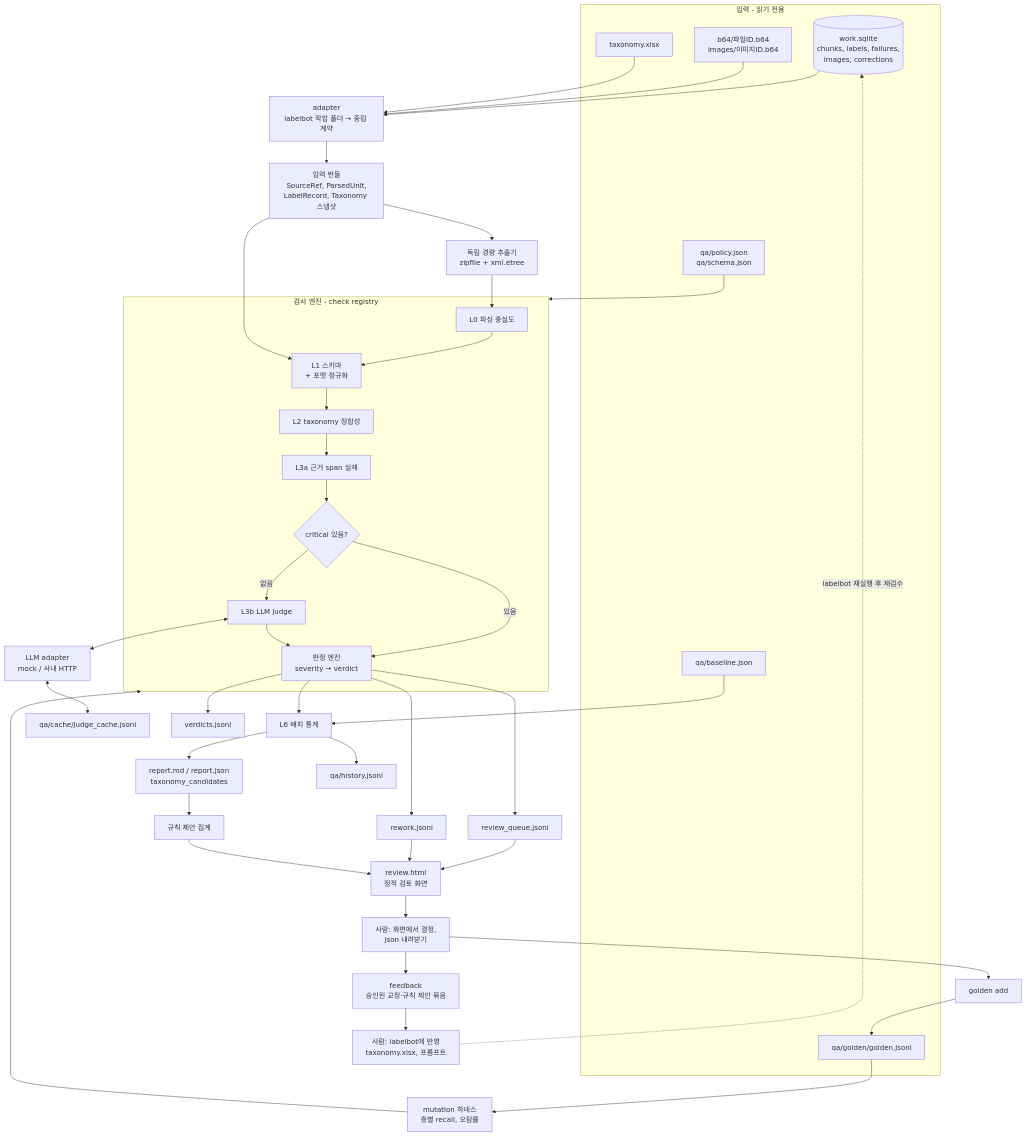
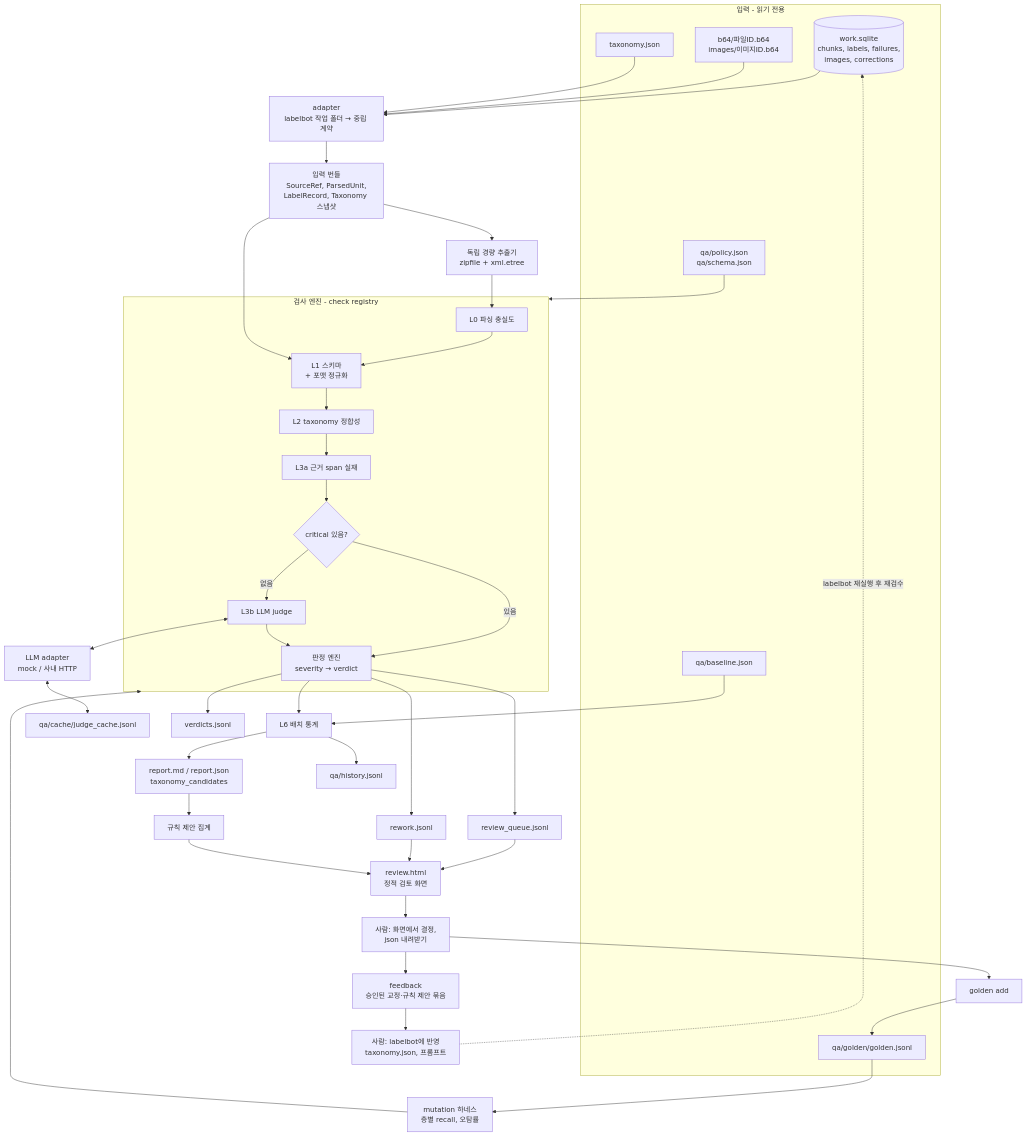
The first of 2 diagrams in domain_engrbot/domain_engrbot_plan.md (Robonge/BEOL-Datalabeling), drawn with Mermaid before and after one commit. The commit also changed other lines of this file and 384 other files, not shown here.

````diff
--- a/domain_engrbot/domain_engrbot_plan.md
+++ b/domain_engrbot/domain_engrbot_plan.md
@@ -103,55 +107,55 @@
 ```mermaid
 flowchart TD
     subgraph IN[입력 - 읽기 전용]
         WS[(work.sqlite<br/>chunks, labels, failures,<br/>images, corrections)]
         B64[b64/파일ID.b64<br/>images/이미지ID.b64]
-        TAX[taxonomy.xlsx]
+        TAX[taxonomy.json]
         CFG[qa/policy.json<br/>qa/schema.json]
         GOLD[qa/golden/golden.jsonl]
         BASE[qa/baseline.json]
     end
 
     WS --> AD[adapter<br/>labelbot 작업 폴더 → 중립 계약]
     B64 --> AD
     TAX --> AD
     AD --> BUNDLE[입력 번들<br/>SourceRef, ParsedUnit,<br/>LabelRecord, Taxonomy 스냅샷]
 
     BUNDLE --> RAW[독립 경량 추출기<br/>zipfile + xml.etree]
     RAW --> L0
 
     subgraph ENG[검사 엔진 - check registry]
         L0[L0 파싱 충실도] --> L1[L1 스키마<br/>+ 포맷 정규화]
         L1 --> L2[L2 taxonomy 정합성]
         L2 --> L3A[L3a 근거 span 실재]
         L3A --> GATE{critical 있음?}
         GATE -- 없음 --> L3B[L3b LLM judge]
         GATE -- 있음 --> VER
         L3B --> VER[판정 엔진<br/>severity → verdict]
     end
 
     CFG --> ENG
     BUNDLE --> L1
     L3B <--> LLM[LLM adapter<br/>mock / 사내 HTTP]
     LLM <--> CACHE[qa/cache/judge_cache.jsonl]
 
     VER --> OUT1[verdicts.jsonl]
     VER --> OUT2[review_queue.jsonl]
     VER --> OUT3[rework.jsonl]
     VER --> L6[L6 배치 통계]
     BASE --> L6
     L6 --> RPT[report.md / report.json<br/>taxonomy_candidates]
     L6 --> HIST[qa/history.jsonl]
 
     OUT2 --> SCR[review.html<br/>정적 검토 화면]
     OUT3 --> SCR
     RPT --> PROP[규칙 제안 집계]
     PROP --> SCR
     SCR --> HUM[사람: 화면에서 결정,<br/>json 내려받기]
     HUM --> FB[feedback<br/>승인된 교정·규칙 제안 묶음]
-    FB --> LB[사람: labelbot에 반영<br/>taxonomy.xlsx, 프롬프트]
+    FB --> LB[사람: labelbot에 반영<br/>taxonomy.json, 프롬프트]
     LB -.->|labelbot 재실행 후 재검수| WS
     HUM --> GADD[golden add]
     GADD --> GOLD
     GOLD --> HAR[mutation 하네스<br/>층별 recall, 오탐률]
     HAR --> ENG
 ```
````
